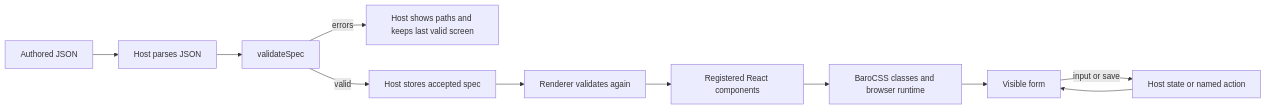
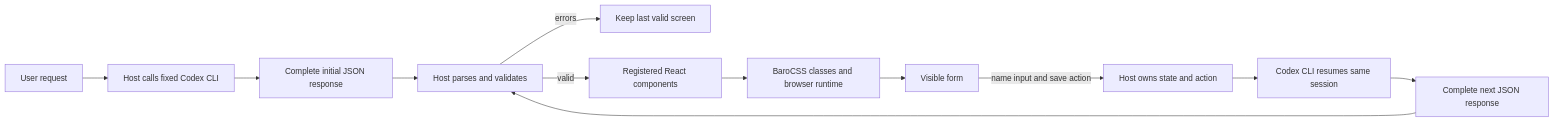
Before and after one commit to barocss/barocss: the diagram in packages/barocss-render/README.md, drawn with Mermaid. The commit also changed other lines of this file and 17 other files, not shown here.

Commit message:
Prepare frozen Codex JSON corpus and offline renderer replay

````diff
--- a/packages/barocss-render/README.md
+++ b/packages/barocss-render/README.md
@@ -7,13 +7,14 @@
 ```mermaid
 flowchart LR
-  A[Authored JSON] --> B[Host parses JSON]
-  B --> C[validateSpec]
-  C -- errors --> D[Host shows paths and keeps last valid screen]
-  C -- valid --> E[Host stores accepted spec]
-  E --> F[Renderer validates again]
-  F --> G[Registered React components]
-  G --> H[BaroCSS classes and browser runtime]
-  H --> I[Visible form]
-  I -- input or save --> J[Host state or named action]
-  J --> I
+  A[User request] --> B[Host calls fixed Codex CLI]
+  B --> C[Complete initial JSON response]
+  C --> D[Host parses and validates]
+  D -- errors --> E[Keep last valid screen]
+  D -- valid --> F[Registered React components]
+  F --> G[BaroCSS classes and browser runtime]
+  G --> H[Visible form]
+  H -- name input and save action --> I[Host owns state and action]
+  I --> J[Codex CLI resumes same session]
+  J --> K[Complete next JSON response]
+  K --> D
 ```
````
